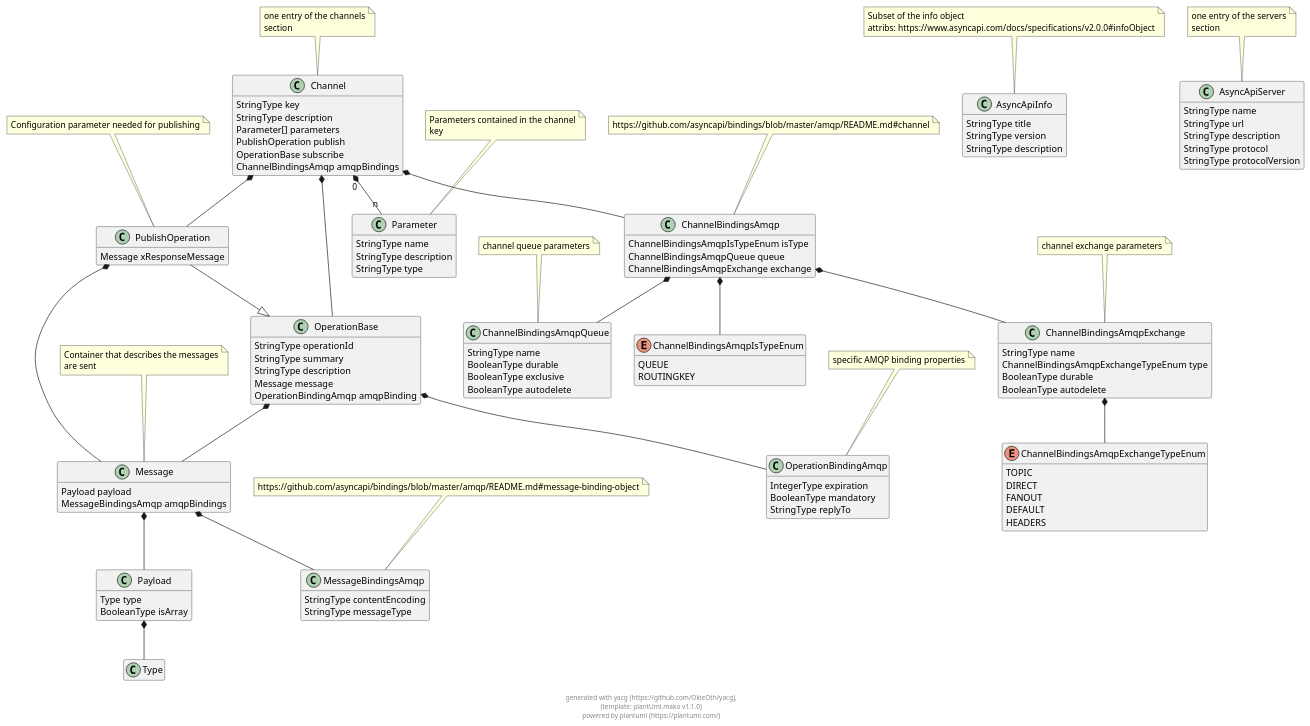
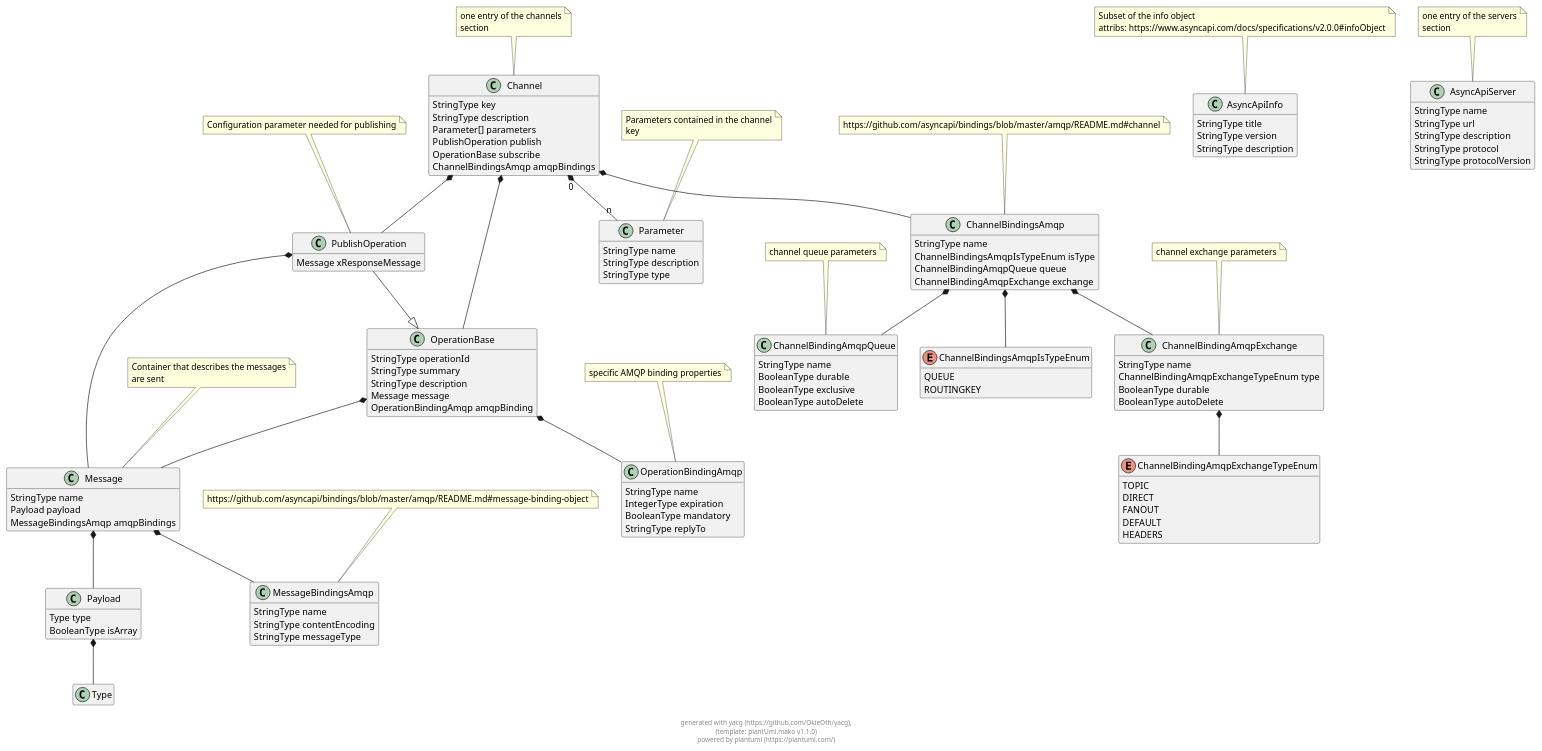
The diagram in docs/puml/yacg_asyncapi.puml (OkieOth/yacg), drawn with PlantUML before and after one commit. The commit also changed 3 other files, not shown here.

```diff
--- a/docs/puml/yacg_asyncapi.puml
+++ b/docs/puml/yacg_asyncapi.puml
@@ -13,6 +13,7 @@
 
 
 class Message {
+        StringType name
         Payload payload
         MessageBindingsAmqp amqpBindings
 }
@@ -20,6 +21,7 @@
 note top: Container that describes the messages\nare sent
 
 class OperationBindingAmqp {
+        StringType name
         IntegerType expiration
         BooleanType mandatory
         StringType replyTo
@@ -72,43 +74,44 @@
 
 PublishOperation --|> OperationBase
 class ChannelBindingsAmqp {
+        StringType name
         ChannelBindingsAmqpIsTypeEnum isType
-        ChannelBindingsAmqpQueue queue
-        ChannelBindingsAmqpExchange exchange
+        ChannelBindingAmqpQueue queue
+        ChannelBindingAmqpExchange exchange
 }
 
 note top: https://github.com/asyncapi/bindings/blob/master/amqp/README.md#channel
 
-enum ChannelBindingsAmqpIsTypeEnum {
-    QUEUE
-    ROUTINGKEY
-}
-
-
-class ChannelBindingsAmqpQueue {
+class ChannelBindingAmqpExchange {
         StringType name
+        ChannelBindingAmqpExchangeTypeEnum type
         BooleanType durable
-        BooleanType exclusive
-        BooleanType autodelete
-}
-
-note top: channel queue parameters
-
-class ChannelBindingsAmqpExchange {
-        StringType name
-        ChannelBindingsAmqpExchangeTypeEnum type
-        BooleanType durable
-        BooleanType autodelete
+        BooleanType autoDelete
 }
 
 note top: channel exchange parameters
 
-enum ChannelBindingsAmqpExchangeTypeEnum {
+enum ChannelBindingAmqpExchangeTypeEnum {
     TOPIC
     DIRECT
     FANOUT
     DEFAULT
     HEADERS
+}
+
+
+class ChannelBindingAmqpQueue {
+        StringType name
+        BooleanType durable
+        BooleanType exclusive
+        BooleanType autoDelete
+}
+
+note top: channel queue parameters
+
+enum ChannelBindingsAmqpIsTypeEnum {
+    QUEUE
+    ROUTINGKEY
 }
 
 
@@ -119,6 +122,7 @@
 
 
 class MessageBindingsAmqp {
+        StringType name
         StringType contentEncoding
         StringType messageType
 }
@@ -137,6 +141,7 @@
             
 
     
+
 Message  *--  Payload
             
 
@@ -144,6 +149,7 @@
             
 
     
+
 
 
 
@@ -181,25 +187,26 @@
             
 
     
+
 ChannelBindingsAmqp  *--  ChannelBindingsAmqpIsTypeEnum
             
 
-ChannelBindingsAmqp  *--  ChannelBindingsAmqpQueue
+ChannelBindingsAmqp  *--  ChannelBindingAmqpQueue
             
 
-ChannelBindingsAmqp  *--  ChannelBindingsAmqpExchange
+ChannelBindingsAmqp  *--  ChannelBindingAmqpExchange
             
+
+    
+
+ChannelBindingAmqpExchange  *--  ChannelBindingAmqpExchangeTypeEnum
+            
+
+
 
     
     
 
-
-
-
-    
-
-ChannelBindingsAmqpExchange  *--  ChannelBindingsAmqpExchangeTypeEnum
-            
 
 
 
@@ -213,5 +220,6 @@
 
 
 
+
 footer \ngenerated with yacg (https://github.com/OkieOth/yacg),\n(template: plantUml.mako v1.1.0)\npowered by plantuml (https://plantuml.com/)
 @enduml
```
